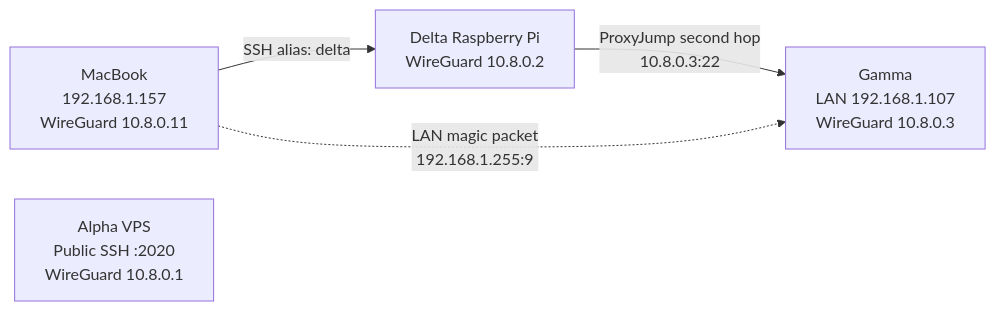
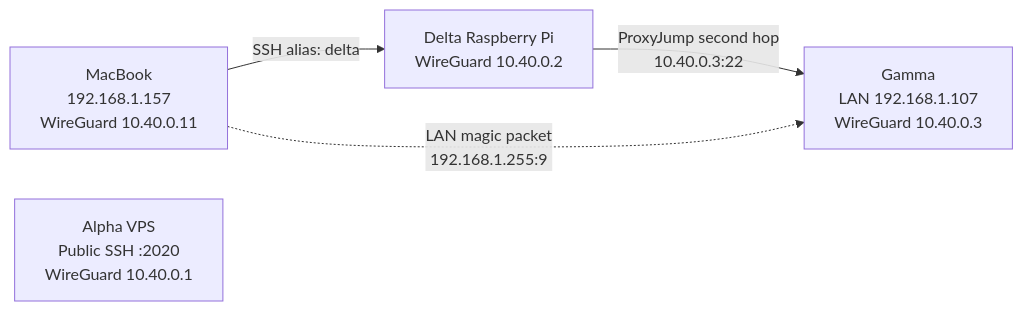
The diagram in content/docs/laptop-gamma/index.mdx (Manuel0516/zero-five-handbook), drawn with Mermaid before and after one commit. The commit also changed other lines of this file and 52 other files, not shown here.

Commit message:
Document 10.40 WireGuard mesh migration

````diff
--- a/content/docs/laptop-gamma/index.mdx
+++ b/content/docs/laptop-gamma/index.mdx
@@ -14,10 +14,10 @@
 ```mermaid
 flowchart LR
-    mac["MacBook<br/>192.168.1.157<br/>WireGuard 10.8.0.11"]
-    alpha["Alpha VPS<br/>Public SSH :2020<br/>WireGuard 10.8.0.1"]
-    gamma["Gamma<br/>LAN 192.168.1.107<br/>WireGuard 10.8.0.3"]
+    mac["MacBook<br/>192.168.1.157<br/>WireGuard 10.40.0.11"]
+    alpha["Alpha VPS<br/>Public SSH :2020<br/>WireGuard 10.40.0.1"]
+    gamma["Gamma<br/>LAN 192.168.1.107<br/>WireGuard 10.40.0.3"]
 
-    mac -->|"SSH alias: delta"| delta["Delta Raspberry Pi<br/>WireGuard 10.8.0.2"]
-    delta -->|"ProxyJump second hop<br/>10.8.0.3:22"| gamma
+    mac -->|"SSH alias: delta"| delta["Delta Raspberry Pi<br/>WireGuard 10.40.0.2"]
+    delta -->|"ProxyJump second hop<br/>10.40.0.3:22"| gamma
     mac -. "LAN magic packet<br/>192.168.1.255:9" .-> gamma
 ```
````
